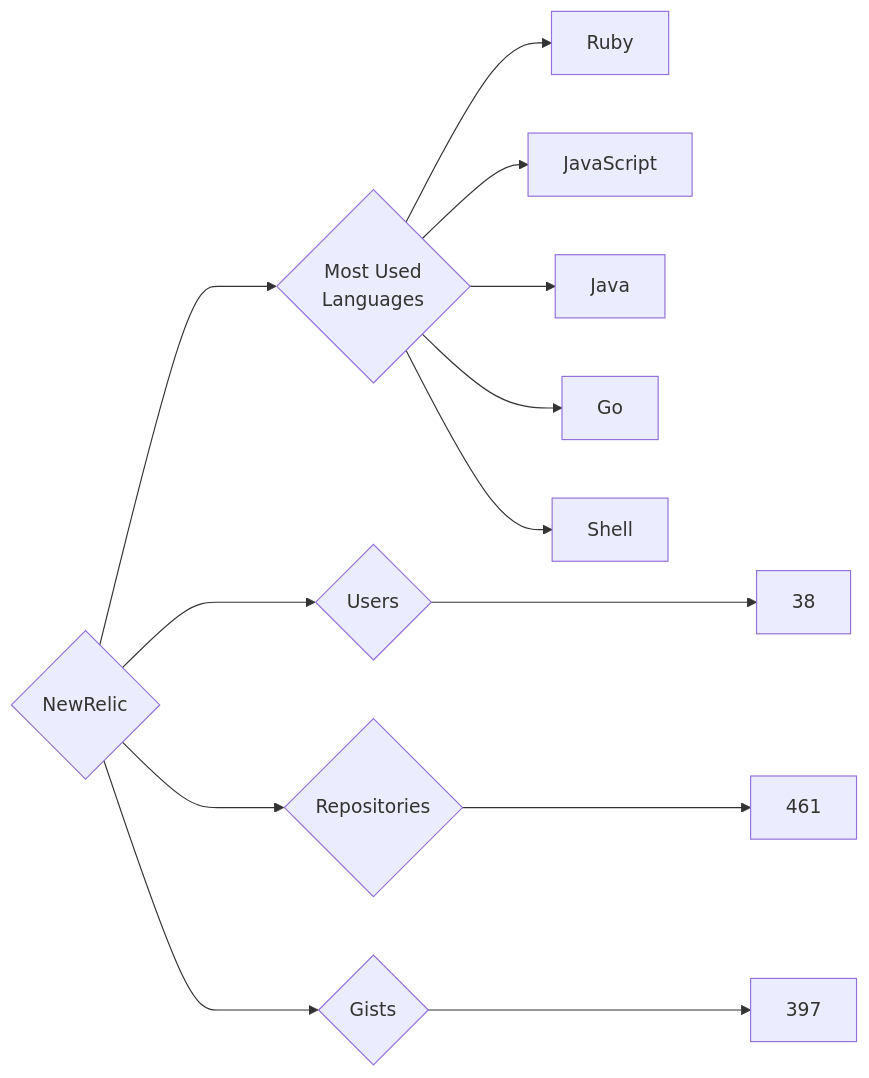
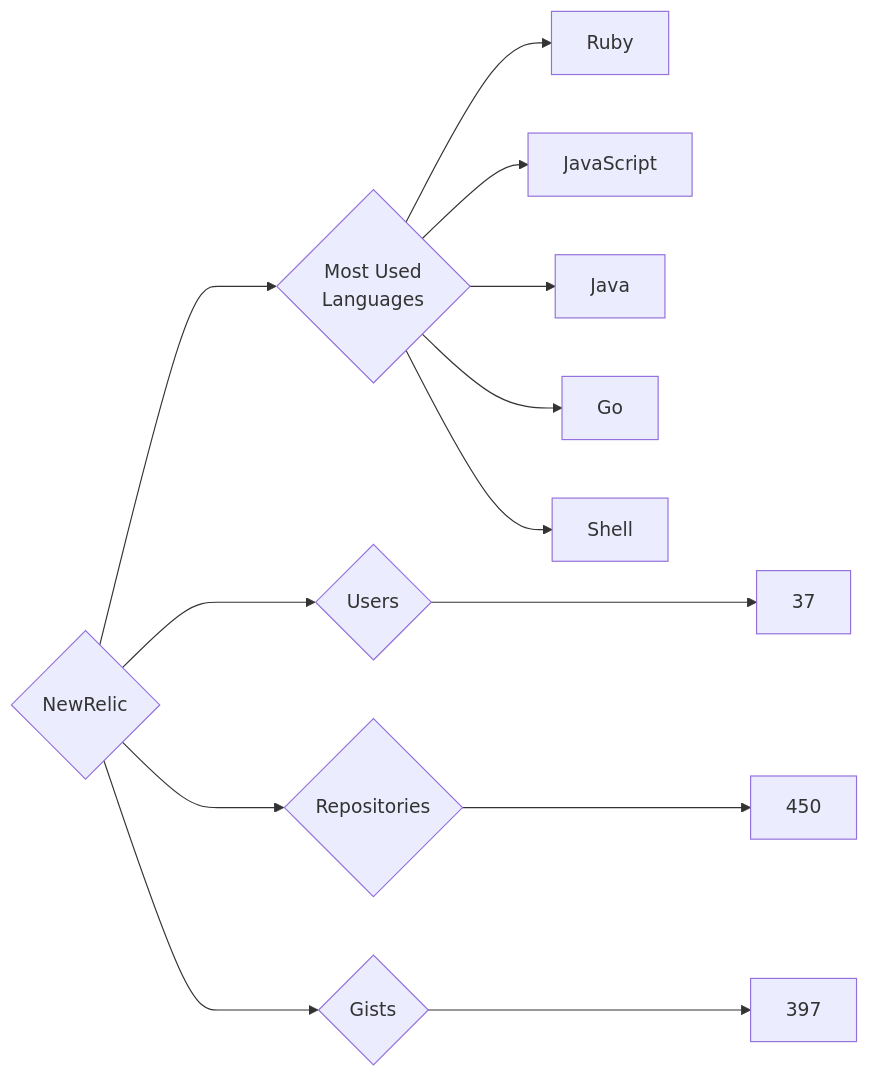
The diagram in targets/NewRelic/README.md (trickest/insiders), drawn with Mermaid before and after one commit. The commit also changed 835 other files, not shown here.

````diff
--- a/targets/NewRelic/README.md
+++ b/targets/NewRelic/README.md
@@ -3,13 +3,13 @@
 ```mermaid
 graph LR
 COMPANY_NAME{NewRelic}
-COMPANY_NAME ---> U{Users} ---> UN[38]
-COMPANY_NAME ---> R{Repositories} ---> RN[461]
+COMPANY_NAME ---> U{Users} ---> UN[37]
+COMPANY_NAME ---> R{Repositories} ---> RN[450]
 COMPANY_NAME ---> G{Gists} ---> GN[397]
 COMPANY_NAME ---> ML{Most Used<br>Languages}
 ML --> Ruby[Ruby]
 ML --> JavaScript[JavaScript]
 ML --> Java[Java]
 ML --> Go[Go]
 ML --> Shell[Shell]
 ```
````
